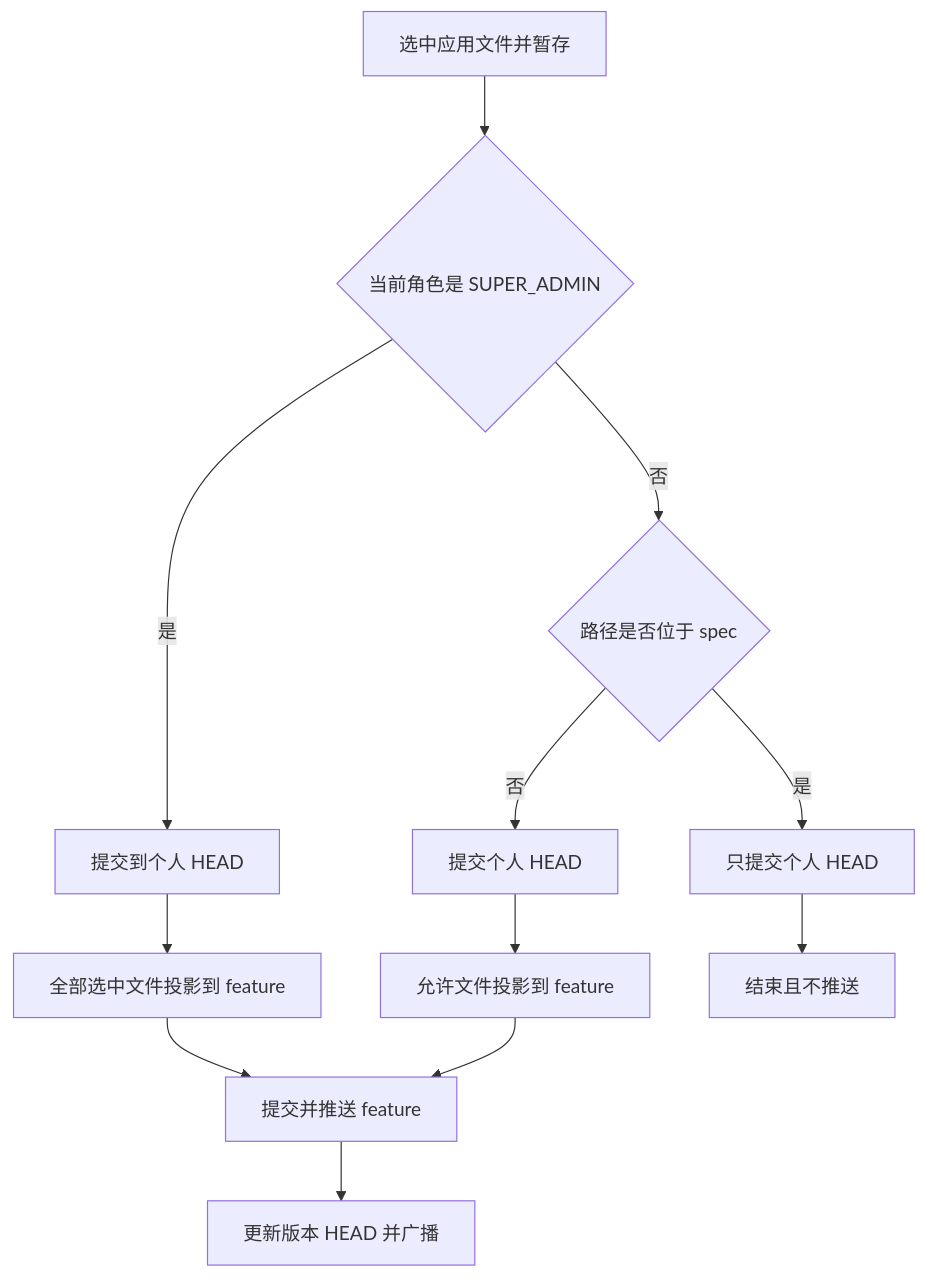
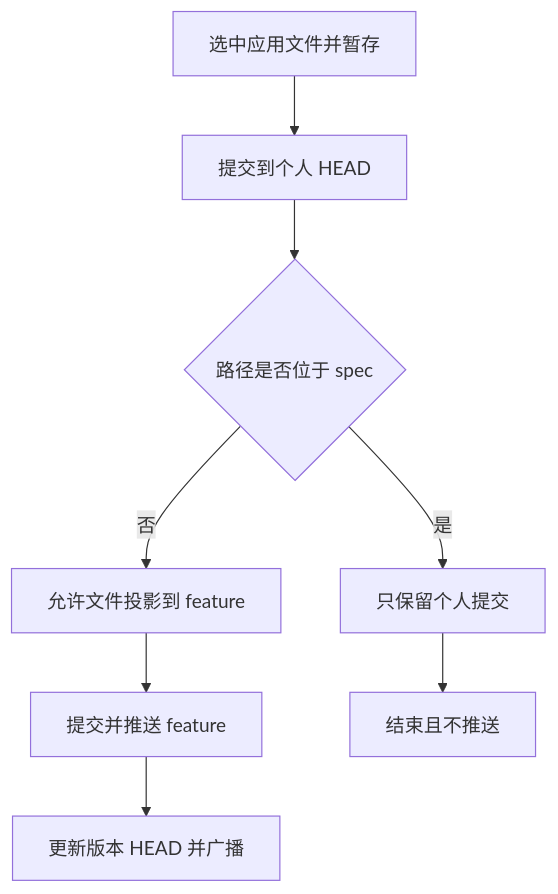
The diagram in docs/testing/application-worktree-feature-cases.md (RKK222/intelligent-test-agent), drawn with Mermaid before and after one commit. The commit also changed other lines of this file and 17 other files, not shown here.

````diff
--- a/docs/testing/application-worktree-feature-cases.md
+++ b/docs/testing/application-worktree-feature-cases.md
@@ -13,14 +13,10 @@
 ```mermaid
 flowchart TD
-  A[选中应用文件并暂存] --> B{当前角色是 SUPER_ADMIN}
-  B -- 是 --> C[提交到个人 HEAD]
-  C --> D[全部选中文件投影到 feature]
-  B -- 否 --> E{路径是否位于 spec}
-  E -- 是 --> F[只提交个人 HEAD]
-  E -- 否 --> G[提交个人 HEAD]
-  G --> H[允许文件投影到 feature]
-  D --> I[提交并推送 feature]
-  H --> I
-  I --> J[更新版本 HEAD 并广播]
-  F --> K[结束且不推送]
+  A[选中应用文件并暂存] --> B[提交到个人 HEAD]
+  B --> C{路径是否位于 spec}
+  C -- 是 --> D[只保留个人提交]
+  C -- 否 --> E[允许文件投影到 feature]
+  E --> F[提交并推送 feature]
+  F --> G[更新版本 HEAD 并广播]
+  D --> H[结束且不推送]
 ```
````
